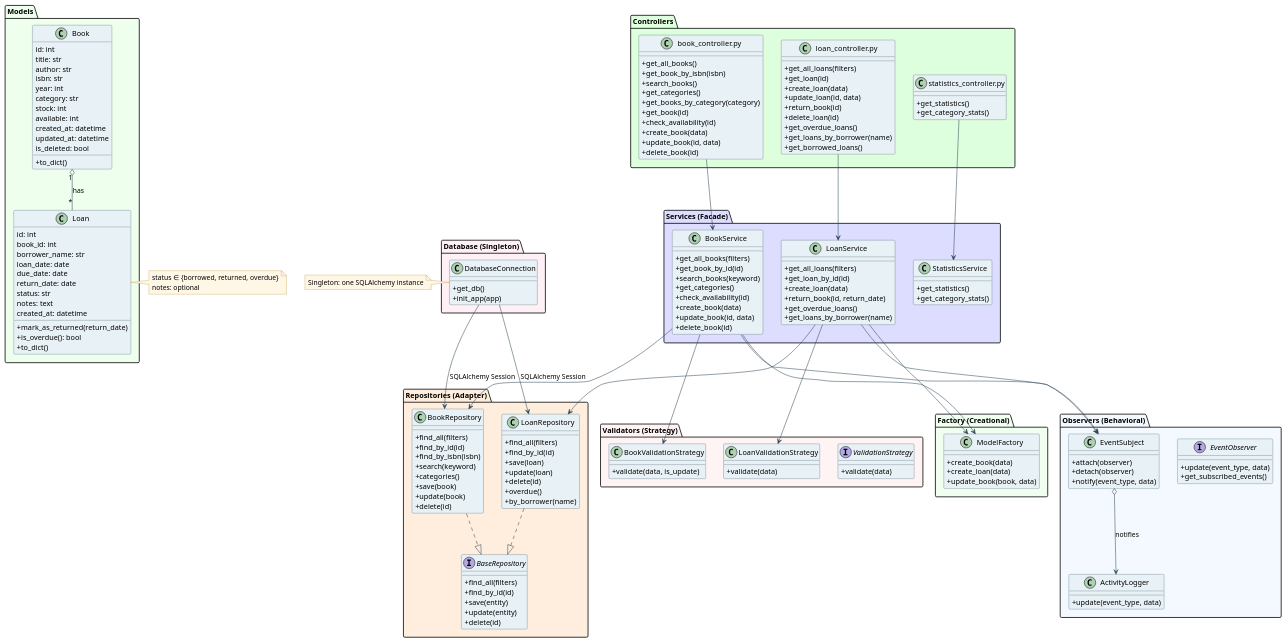
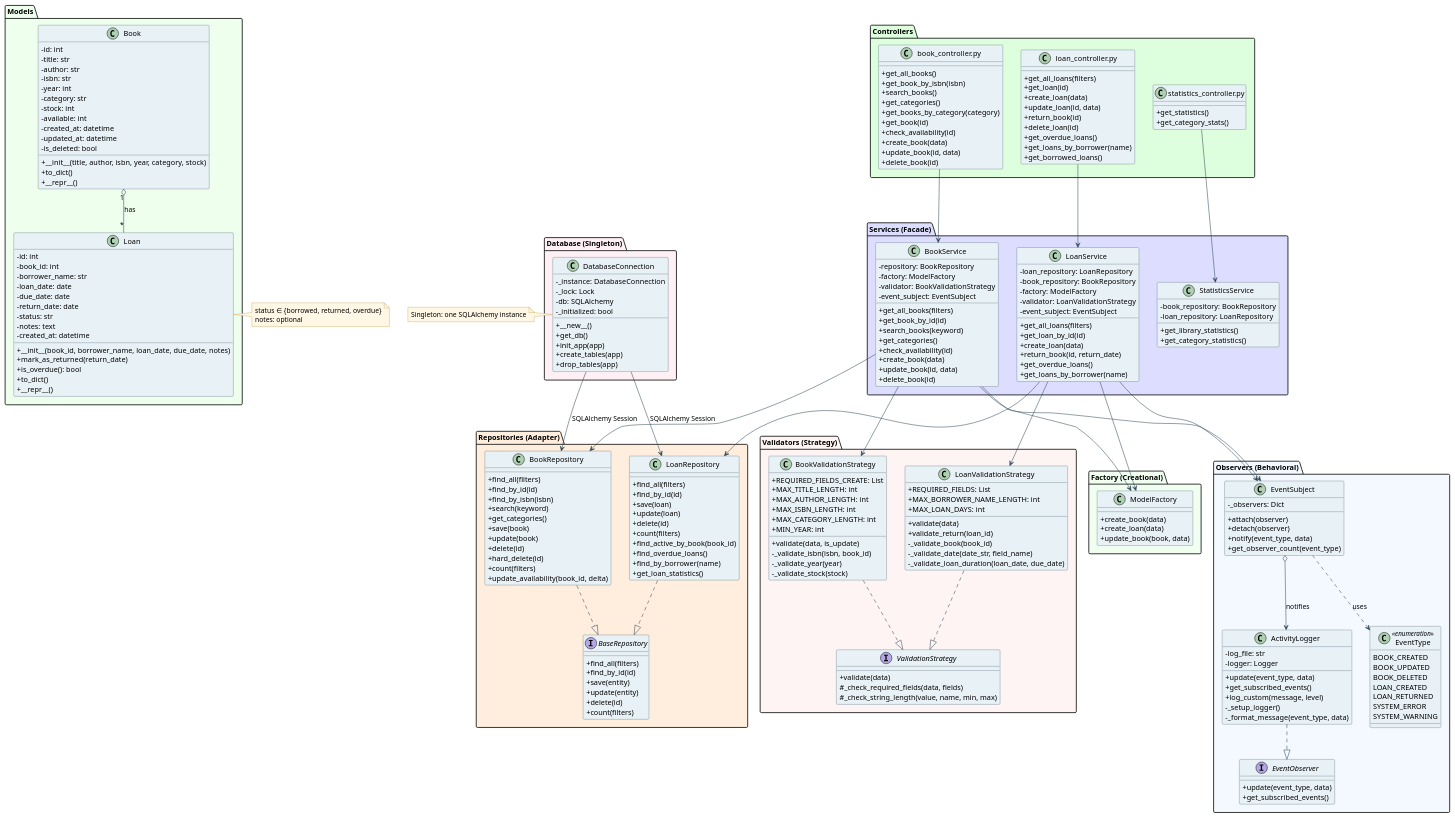
One commit to widy4aa/P3_ApiLibrary changed the diagram in docs/diagrams/library_api_class_diagram.puml. Above: the diagram before and after it, drawn with PlantUML.

Commit message:
Update class diagram with complete method signatures and attributes

```diff
--- a/docs/diagrams/library_api_class_diagram.puml
+++ b/docs/diagrams/library_api_class_diagram.puml
@@ -40,6 +40,10 @@
 
 package "Services (Facade)" #DDDDFF {
   class BookService {
+    -repository: BookRepository
+    -factory: ModelFactory
+    -validator: BookValidationStrategy
+    -event_subject: EventSubject
     +get_all_books(filters)
     +get_book_by_id(id)
     +search_books(keyword)
@@ -50,6 +54,11 @@
     +delete_book(id)
   }
   class LoanService {
+    -loan_repository: LoanRepository
+    -book_repository: BookRepository
+    -factory: ModelFactory
+    -validator: LoanValidationStrategy
+    -event_subject: EventSubject
     +get_all_loans(filters)
     +get_loan_by_id(id)
     +create_loan(data)
@@ -58,8 +67,10 @@
     +get_loans_by_borrower(name)
   }
   class StatisticsService {
-    +get_statistics()
-    +get_category_stats()
+    -book_repository: BookRepository
+    -loan_repository: LoanRepository
+    +get_library_statistics()
+    +get_category_statistics()
   }
 }
 
@@ -70,16 +81,20 @@
     +save(entity)
     +update(entity)
     +delete(id)
+    +count(filters)
   }
   class BookRepository {
     +find_all(filters)
     +find_by_id(id)
     +find_by_isbn(isbn)
     +search(keyword)
-    +categories()
+    +get_categories()
     +save(book)
     +update(book)
     +delete(id)
+    +hard_delete(id)
+    +count(filters)
+    +update_availability(book_id, delta)
   }
   class LoanRepository {
     +find_all(filters)
@@ -87,20 +102,41 @@
     +save(loan)
     +update(loan)
     +delete(id)
-    +overdue()
-    +by_borrower(name)
+    +count(filters)
+    +find_active_by_book(book_id)
+    +find_overdue_loans()
+    +find_by_borrower(name)
+    +get_loan_statistics()
   }
 }
 
 package "Validators (Strategy)" #FFF4F4 {
   interface ValidationStrategy {
     +validate(data)
+    #_check_required_fields(data, fields)
+    #_check_string_length(value, name, min, max)
   }
   class BookValidationStrategy {
+    +REQUIRED_FIELDS_CREATE: List
+    +MAX_TITLE_LENGTH: int
+    +MAX_AUTHOR_LENGTH: int
+    +MAX_ISBN_LENGTH: int
+    +MAX_CATEGORY_LENGTH: int
+    +MIN_YEAR: int
     +validate(data, is_update)
+    -_validate_isbn(isbn, book_id)
+    -_validate_year(year)
+    -_validate_stock(stock)
   }
   class LoanValidationStrategy {
+    +REQUIRED_FIELDS: List
+    +MAX_BORROWER_NAME_LENGTH: int
+    +MAX_LOAN_DAYS: int
     +validate(data)
+    +validate_return(loan_id)
+    -_validate_book(book_id)
+    -_validate_date(date_str, field_name)
+    -_validate_loan_duration(loan_date, due_date)
   }
 }
 
@@ -118,50 +154,78 @@
     +get_subscribed_events()
   }
   class EventSubject {
+    -_observers: Dict
     +attach(observer)
     +detach(observer)
     +notify(event_type, data)
+    +get_observer_count(event_type)
   }
   class ActivityLogger {
+    -log_file: str
+    -logger: Logger
     +update(event_type, data)
+    +get_subscribed_events()
+    +log_custom(message, level)
+    -_setup_logger()
+    -_format_message(event_type, data)
+  }
+  class EventType <<enumeration>> {
+    BOOK_CREATED
+    BOOK_UPDATED
+    BOOK_DELETED
+    LOAN_CREATED
+    LOAN_RETURNED
+    SYSTEM_ERROR
+    SYSTEM_WARNING
   }
 }
 
 package "Database (Singleton)" #FFF0F5 {
   class DatabaseConnection {
+    -_instance: DatabaseConnection
+    -_lock: Lock
+    -db: SQLAlchemy
+    -_initialized: bool
+    +__new__()
     +get_db()
     +init_app(app)
+    +create_tables(app)
+    +drop_tables(app)
   }
 }
 
 package "Models" #EEFFEE {
   class Book {
-    id: int
-    title: str
-    author: str
-    isbn: str
-    year: int
-    category: str
-    stock: int
-    available: int
-    created_at: datetime
-    updated_at: datetime
-    is_deleted: bool
+    -id: int
+    -title: str
+    -author: str
+    -isbn: str
+    -year: int
+    -category: str
+    -stock: int
+    -available: int
+    -created_at: datetime
+    -updated_at: datetime
+    -is_deleted: bool
+    +__init__(title, author, isbn, year, category, stock)
     +to_dict()
+    +__repr__()
   }
   class Loan {
-    id: int
-    book_id: int
-    borrower_name: str
-    loan_date: date
-    due_date: date
-    return_date: date
-    status: str
-    notes: text
-    created_at: datetime
+    -id: int
+    -book_id: int
+    -borrower_name: str
+    -loan_date: date
+    -due_date: date
+    -return_date: date
+    -status: str
+    -notes: text
+    -created_at: datetime
+    +__init__(book_id, borrower_name, loan_date, due_date, notes)
     +mark_as_returned(return_date)
     +is_overdue(): bool
     +to_dict()
+    +__repr__()
   }
 }
 
@@ -183,7 +247,13 @@
 BookRepository ..|> BaseRepository
 LoanRepository ..|> BaseRepository
 
+BookValidationStrategy ..|> ValidationStrategy
+LoanValidationStrategy ..|> ValidationStrategy
+
+ActivityLogger ..|> EventObserver
+
 EventSubject o--> ActivityLogger : notifies
+EventSubject ..> EventType : uses
 
 Book "1" o-- "*" Loan : has
 
```
